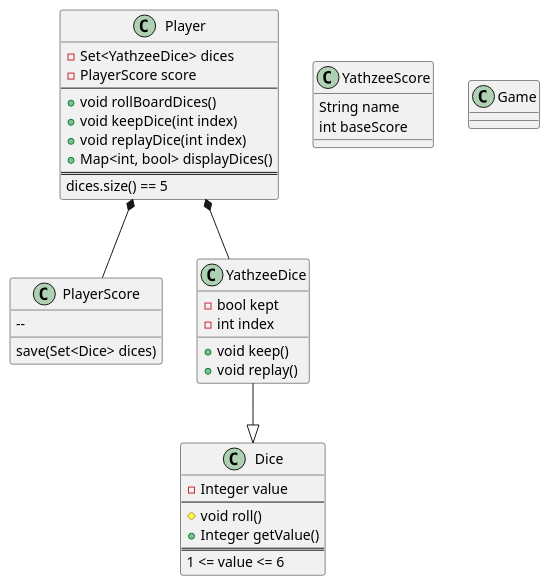
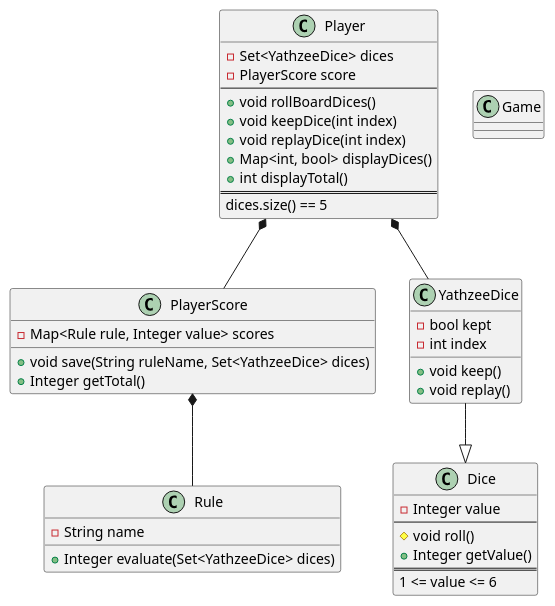
The diagram in 7-Yahtzee/yathzee.puml (yanncourtel/Clean-Coder-Journey), drawn with PlantUML before and after one commit.

Commit message:
Add rule definition

```diff
--- a/7-Yahtzee/yathzee.puml
+++ b/7-Yahtzee/yathzee.puml
@@ -1,47 +1,49 @@
 @startuml
 class Player {
     -Set<YathzeeDice> dices
     -PlayerScore score
     --
     +void rollBoardDices()
     +void keepDice(int index)
     +void replayDice(int index)
     +Map<int, bool> displayDices()
+    +int displayTotal()
     ==
     dices.size() == 5
 }
 
 class PlayerScore {
-
-    --
-    save(Set<Dice> dices)
+    -Map<Rule rule, Integer value> scores
+    +void save(String ruleName, Set<YathzeeDice> dices)
+    +Integer getTotal()
 }
 
-class YathzeeScore {
-    String name
-    int baseScore
+class Rule {
+    -String name
+    +Integer evaluate(Set<YathzeeDice> dices)
 }
 
 class YathzeeDice {
     -bool kept
     -int index
     +void keep()
     +void replay()
 }
 
 class Dice {
     -Integer value
     --
     #void roll()
     +Integer getValue()
     ==
     1 <= value <= 6
 }
 
 class Game
 
 Player *-- YathzeeDice
 Player *-- PlayerScore
+PlayerScore *-- Rule
 YathzeeDice --|> Dice
 
 @enduml
```
